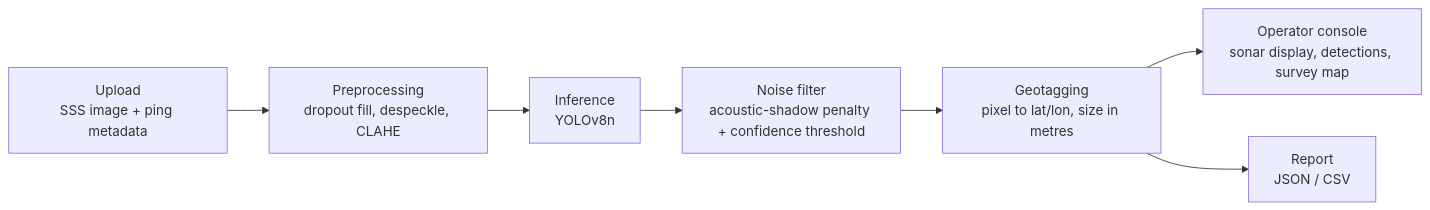
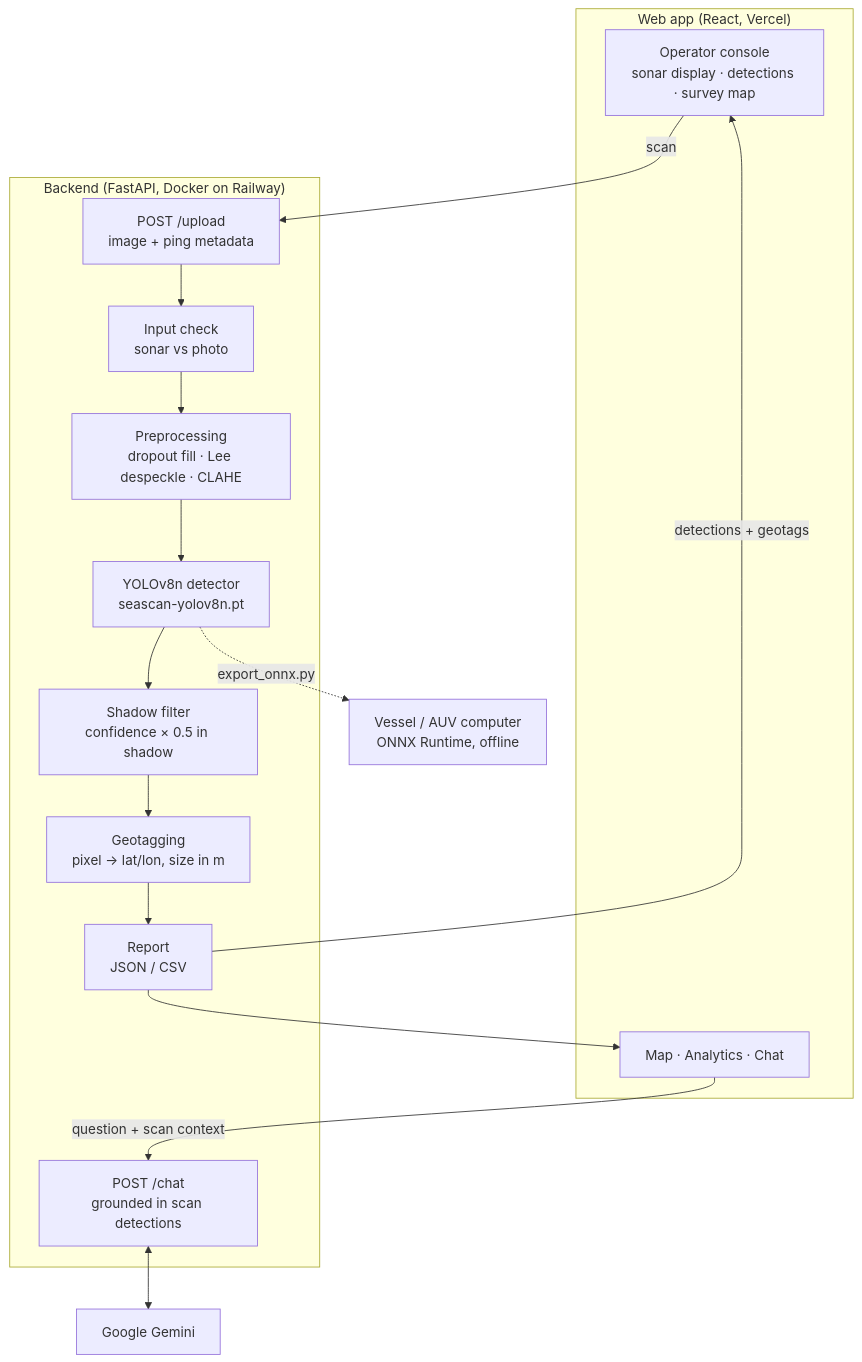
One commit to larpareek/deepscan-sih26057 changed the diagram in README.md. Above: the diagram before and after it, drawn with Mermaid. The commit also changed other lines of this file and 7 other files, not shown here.

First line of the commit message:
docs: address SIH review — team, problem statement, real-sonar check, demo GIF

````diff
--- a/README.md
+++ b/README.md
@@ -59,9 +85,27 @@
 ```mermaid
-flowchart LR
-    A["Upload<br/>SSS image + ping metadata"] --> B["Preprocessing<br/>dropout fill, despeckle, CLAHE"]
-    B --> C["Inference<br/>YOLOv8n"]
-    C --> D["Noise filter<br/>acoustic-shadow penalty + confidence threshold"]
-    D --> E["Geotagging<br/>pixel to lat/lon, size in metres"]
-    E --> F["Operator console<br/>sonar display, detections, survey map"]
-    E --> G["Report<br/>JSON / CSV"]
+flowchart TB
+    subgraph Client["Web app (React, Vercel)"]
+        UI["Operator console<br/>sonar display · detections · survey map"]
+        Pages["Map · Analytics · Chat"]
+    end
+
+    subgraph API["Backend (FastAPI, Docker on Railway)"]
+        Up["POST /upload<br/>image + ping metadata"] --> Check["Input check<br/>sonar vs photo"]
+        Check --> Pre["Preprocessing<br/>dropout fill · Lee despeckle · CLAHE"]
+        Pre --> Det["YOLOv8n detector<br/>seascan-yolov8n.pt"]
+        Det --> Sh["Shadow filter<br/>confidence × 0.5 in shadow"]
+        Sh --> Geo["Geotagging<br/>pixel → lat/lon, size in m"]
+        Geo --> Rep["Report<br/>JSON / CSV"]
+        Chat["POST /chat<br/>grounded in scan detections"]
+    end
+
+    Gemini["Google Gemini"]
+    Edge["Vessel / AUV computer<br/>ONNX Runtime, offline"]
+
+    UI -- "scan" --> Up
+    Rep -- "detections + geotags" --> UI
+    Rep --> Pages
+    Pages -- "question + scan context" --> Chat
+    Chat <--> Gemini
+    Det -. "export_onnx.py" .-> Edge
 ```
````
